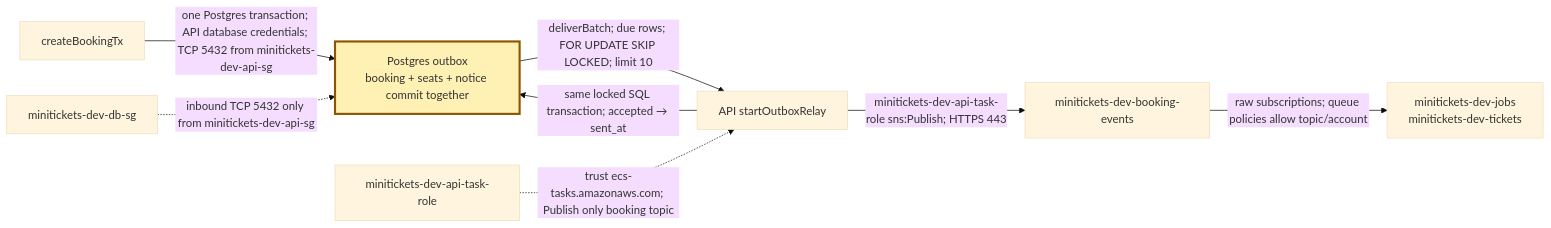
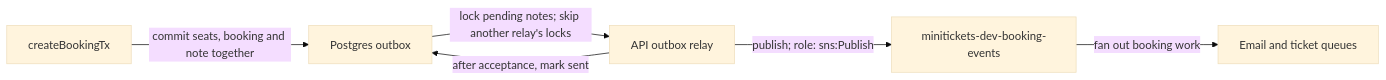
One commit to maheshnd/minitickets changed the diagram in docs/handbook/concepts/outbox.md. Above: the diagram before and after it, drawn with Mermaid (base theme). The commit also changed other lines of this file and 39 other files, not shown here.

````diff
--- a/docs/handbook/concepts/outbox.md
+++ b/docs/handbook/concepts/outbox.md
@@ -14,12 +18,8 @@
 ```mermaid
 flowchart LR
-    booking["createBookingTx"] -->|"one Postgres transaction; API database credentials; TCP 5432 from minitickets-dev-api-sg"| outbox["Postgres outbox<br/>booking + seats + notice commit together"]
-    outbox -->|"deliverBatch; due rows; FOR UPDATE SKIP LOCKED; limit 10"| relay["API startOutboxRelay"]
-    relay -->|"minitickets-dev-api-task-role sns:Publish; HTTPS 443"| sns["minitickets-dev-booking-events"]
-    sns -->|"raw subscriptions; queue policies allow topic/account"| queues["minitickets-dev-jobs<br/>minitickets-dev-tickets"]
-    relay -->|"same locked SQL transaction; accepted → sent_at"| outbox
-    badge["minitickets-dev-api-task-role"] -.->|"trust ecs-tasks.amazonaws.com; Publish only booking topic"| relay
-    guard["minitickets-dev-db-sg"] -.->|"inbound TCP 5432 only from minitickets-dev-api-sg"| outbox
-    classDef focus fill:#fff0b3,stroke:#8a5700,stroke-width:3px
-    class outbox focus
+    B["createBookingTx"] -->|"commit seats, booking and note together"| P["Postgres outbox"]
+    P -->|"lock pending notes; skip another relay's locks"| R["API outbox relay"]
+    R -->|"publish; role: sns:Publish"| S["minitickets-dev-booking-events"]
+    S -->|"fan out booking work"| Q["Email and ticket queues"]
+    R -->|"after acceptance, mark sent"| P
 ```
````
